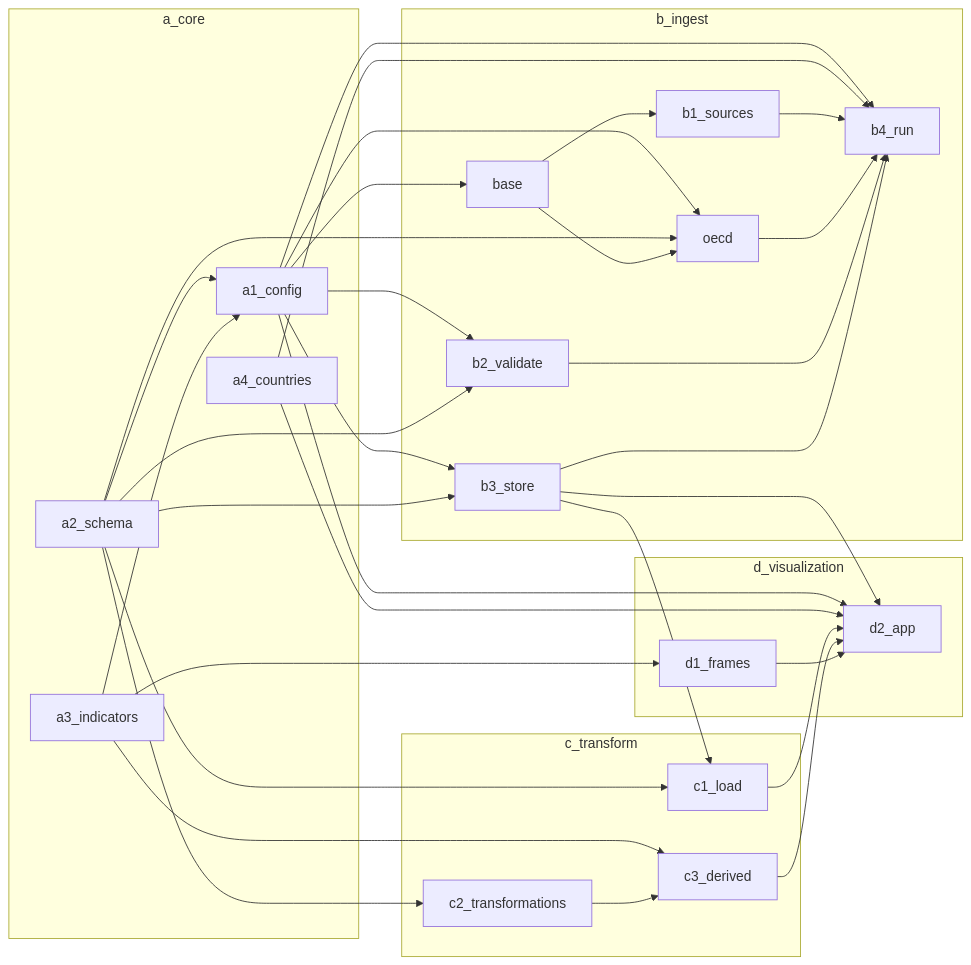
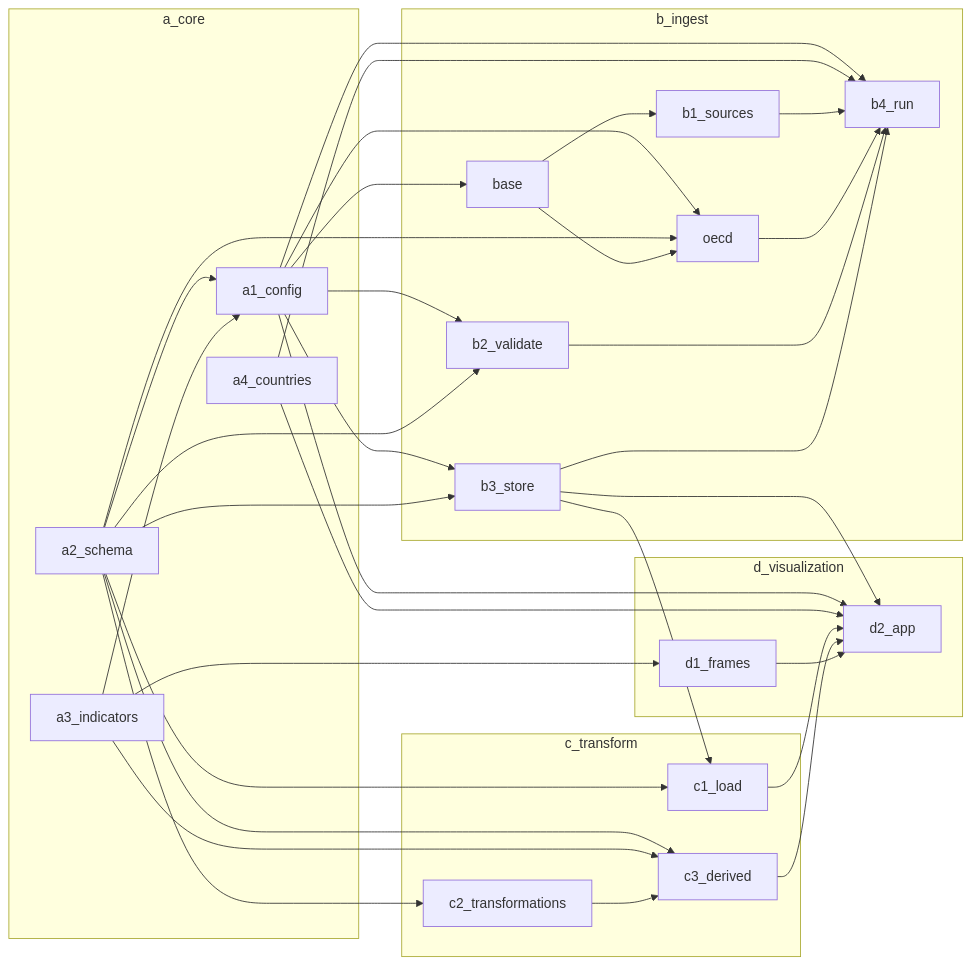
The first of 15 diagrams in docs/architecture.md (bsawyerg15/MacroScan), drawn with Mermaid before and after one commit. The commit also changed other lines of this file and 11 other files, not shown here.

````diff
--- a/docs/architecture.md
+++ b/docs/architecture.md
@@ -7,70 +7,71 @@
 ```mermaid
 flowchart LR
   subgraph a_core
     a_core_a1_config["a1_config"]
     a_core_a2_schema["a2_schema"]
     a_core_a3_indicators["a3_indicators"]
     a_core_a4_countries["a4_countries"]
   end
   subgraph b_ingest
     b_ingest_b1_sources["b1_sources"]
     b_ingest_b1_sources_base["base"]
     b_ingest_b1_sources_oecd["oecd"]
     b_ingest_b2_validate["b2_validate"]
     b_ingest_b3_store["b3_store"]
     b_ingest_b4_run["b4_run"]
   end
   subgraph c_transform
     c_transform_c1_load["c1_load"]
     c_transform_c2_transformations["c2_transformations"]
     c_transform_c3_derived["c3_derived"]
   end
   subgraph d_visualization
     d_visualization_d1_frames["d1_frames"]
     d_visualization_d2_app["d2_app"]
   end
   a_core_a2_schema --> a_core_a1_config
   a_core_a3_indicators --> a_core_a1_config
   b_ingest_b1_sources_base --> b_ingest_b1_sources
   a_core_a1_config --> b_ingest_b1_sources_base
   a_core_a1_config --> b_ingest_b1_sources_oecd
   a_core_a2_schema --> b_ingest_b1_sources_oecd
   b_ingest_b1_sources_base --> b_ingest_b1_sources_oecd
   a_core_a1_config --> b_ingest_b2_validate
   a_core_a2_schema --> b_ingest_b2_validate
   a_core_a1_config --> b_ingest_b3_store
   a_core_a2_schema --> b_ingest_b3_store
   a_core_a1_config --> b_ingest_b4_run
   a_core_a4_countries --> b_ingest_b4_run
   b_ingest_b1_sources --> b_ingest_b4_run
   b_ingest_b1_sources_oecd --> b_ingest_b4_run
   b_ingest_b2_validate --> b_ingest_b4_run
   b_ingest_b3_store --> b_ingest_b4_run
   a_core_a2_schema --> c_transform_c1_load
   b_ingest_b3_store --> c_transform_c1_load
   a_core_a2_schema --> c_transform_c2_transformations
+  a_core_a2_schema --> c_transform_c3_derived
   a_core_a3_indicators --> c_transform_c3_derived
   c_transform_c2_transformations --> c_transform_c3_derived
   a_core_a3_indicators --> d_visualization_d1_frames
   a_core_a1_config --> d_visualization_d2_app
   a_core_a4_countries --> d_visualization_d2_app
   b_ingest_b3_store --> d_visualization_d2_app
   c_transform_c1_load --> d_visualization_d2_app
   c_transform_c3_derived --> d_visualization_d2_app
   d_visualization_d1_frames --> d_visualization_d2_app
   click a_core_a1_config href "#mod-a_core-a1_config"
   click a_core_a2_schema href "#mod-a_core-a2_schema"
   click a_core_a3_indicators href "#mod-a_core-a3_indicators"
   click a_core_a4_countries href "#mod-a_core-a4_countries"
   click b_ingest_b1_sources href "#mod-b_ingest-b1_sources"
   click b_ingest_b1_sources_base href "#mod-b_ingest-b1_sources-base"
   click b_ingest_b1_sources_oecd href "#mod-b_ingest-b1_sources-oecd"
   click b_ingest_b2_validate href "#mod-b_ingest-b2_validate"
   click b_ingest_b3_store href "#mod-b_ingest-b3_store"
   click b_ingest_b4_run href "#mod-b_ingest-b4_run"
   click c_transform_c1_load href "#mod-c_transform-c1_load"
   click c_transform_c2_transformations href "#mod-c_transform-c2_transformations"
   click c_transform_c3_derived href "#mod-c_transform-c3_derived"
   click d_visualization_d1_frames href "#mod-d_visualization-d1_frames"
   click d_visualization_d2_app href "#mod-d_visualization-d2_app"
 ```
````
